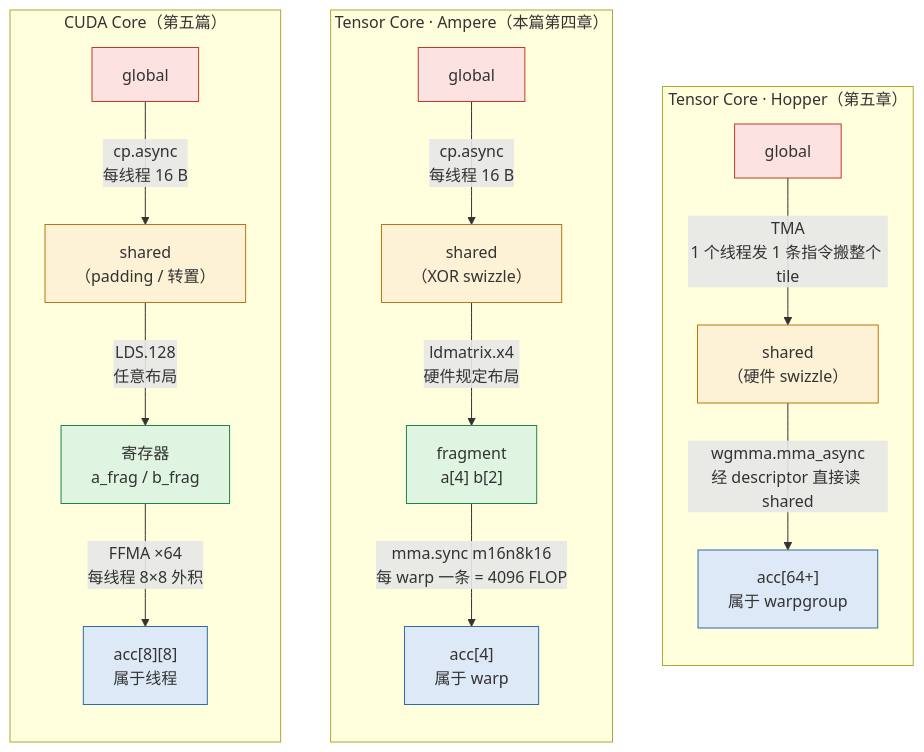
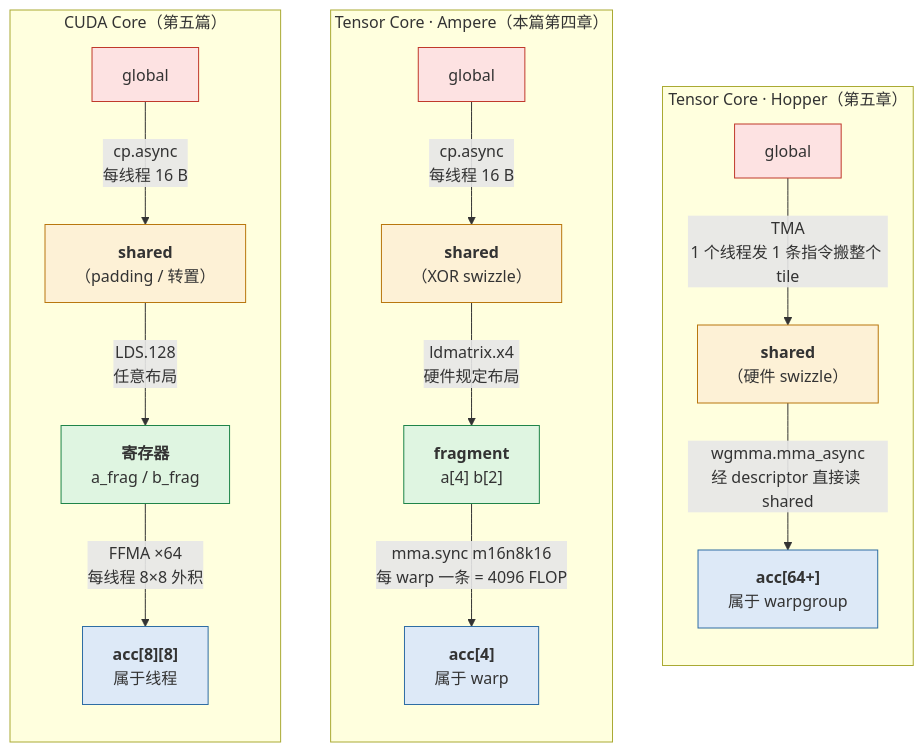
One commit to arganzheng/arganzheng.github.com changed the first of 3 diagrams in _posts/2026-05-16-tensor-cores-cutlass-and-cute.md. Above: the diagram before and after it, drawn with Mermaid. The commit also changed other lines of this file and 10 other files, not shown here.

First line of the commit message:
GPU Kernel 工程：从 CUDA 执行模型到 FlashAttention：Mermaid 多行方框的首行标为标题（11 篇）

````diff
--- a/_posts/2026-05-16-tensor-cores-cutlass-and-cute.md
+++ b/_posts/2026-05-16-tensor-cores-cutlass-and-cute.md
@@ -38,31 +38,31 @@
 ```mermaid
 %% 图：三条 GEMM 数据流的演化：CUDA Core 的 FFMA、Ampere 的 mma.sync、Hopper 的 TMA + wgmma
 flowchart LR
     subgraph cc["CUDA Core（第五篇）"]
         direction TB
-        g1["global"] -- "cp.async<br/>每线程 16 B" --> s1["shared<br/>（padding / 转置）"]
-        s1 -- "LDS.128<br/>任意布局" --> r1["寄存器<br/>a_frag / b_frag"]
-        r1 -- "FFMA ×64<br/>每线程 8×8 外积" --> acc1["acc[8][8]<br/>属于线程"]
+        g1["global"] -- "cp.async<br/>每线程 16 B" --> s1["<b>shared</b><br/>（padding / 转置）"]
+        s1 -- "LDS.128<br/>任意布局" --> r1["<b>寄存器</b><br/>a_frag / b_frag"]
+        r1 -- "FFMA ×64<br/>每线程 8×8 外积" --> acc1["<b>acc[8][8]</b><br/>属于线程"]
     end
     subgraph amp["Tensor Core · Ampere（本篇第四章）"]
         direction TB
-        g2["global"] -- "cp.async<br/>每线程 16 B" --> s2["shared<br/>（XOR swizzle）"]
-        s2 -- "ldmatrix.x4<br/>硬件规定布局" --> r2["fragment<br/>a[4] b[2]"]
-        r2 -- "mma.sync m16n8k16<br/>每 warp 一条 = 4096 FLOP" --> acc2["acc[4]<br/>属于 warp"]
+        g2["global"] -- "cp.async<br/>每线程 16 B" --> s2["<b>shared</b><br/>（XOR swizzle）"]
+        s2 -- "ldmatrix.x4<br/>硬件规定布局" --> r2["<b>fragment</b><br/>a[4] b[2]"]
+        r2 -- "mma.sync m16n8k16<br/>每 warp 一条 = 4096 FLOP" --> acc2["<b>acc[4]</b><br/>属于 warp"]
     end
     subgraph hop["Tensor Core · Hopper（第五章）"]
         direction TB
-        g3["global"] -- "TMA<br/>1 个线程发 1 条指令搬整个 tile" --> s3["shared<br/>（硬件 swizzle）"]
-        s3 -- "wgmma.mma_async<br/>经 descriptor 直接读 shared" --> acc3["acc[64+]<br/>属于 warpgroup"]
+        g3["global"] -- "TMA<br/>1 个线程发 1 条指令搬整个 tile" --> s3["<b>shared</b><br/>（硬件 swizzle）"]
+        s3 -- "wgmma.mma_async<br/>经 descriptor 直接读 shared" --> acc3["<b>acc[64+]</b><br/>属于 warpgroup"]
     end
     cc ~~~ amp ~~~ hop
 
     classDef mem fill:#fde2e2,stroke:#c0392b
     classDef smem fill:#fdf1d6,stroke:#b9770e
     classDef reg fill:#dff5e1,stroke:#1e8449
     classDef acc fill:#dde9f7,stroke:#2e6da4
     class g1,g2,g3 mem
     class s1,s2,s3 smem
     class r1,r2 reg
     class acc1,acc2,acc3 acc
 ```
````
